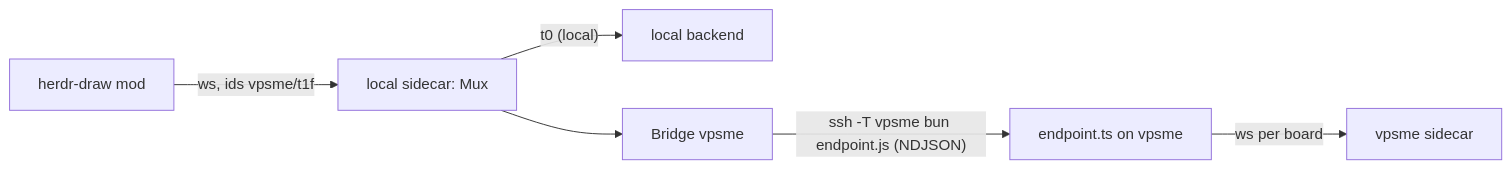
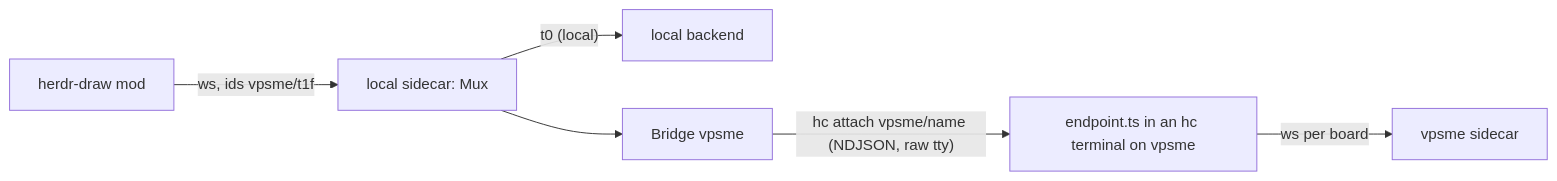
The diagram in src/bridge/README.md (abhirup-dev/herdr-agent-diagram), drawn with Mermaid before and after one commit. The commit also changed other lines of this file and 2 other files, not shown here.

First line of the commit message:
hd-jf3.7.1: hc terminal stream chosen as the bridge; four transports measured

````diff
--- a/src/bridge/README.md
+++ b/src/bridge/README.md
@@ -6,8 +6,8 @@
 ```mermaid
 flowchart LR
   mod["herdr-draw mod"] -- "ws, ids vpsme/t1f" --> relay["local sidecar: Mux"]
   relay -- "t0 (local)" --> local["local backend"]
   relay --> bridge["Bridge vpsme"]
-  bridge -- "ssh -T vpsme bun endpoint.js (NDJSON)" --> ep["endpoint.ts on vpsme"]
+  bridge -- "hc attach vpsme/name (NDJSON, raw tty)" --> ep["endpoint.ts in an hc terminal on vpsme"]
   ep -- "ws per board" --> remote["vpsme sidecar"]
 ```
````
